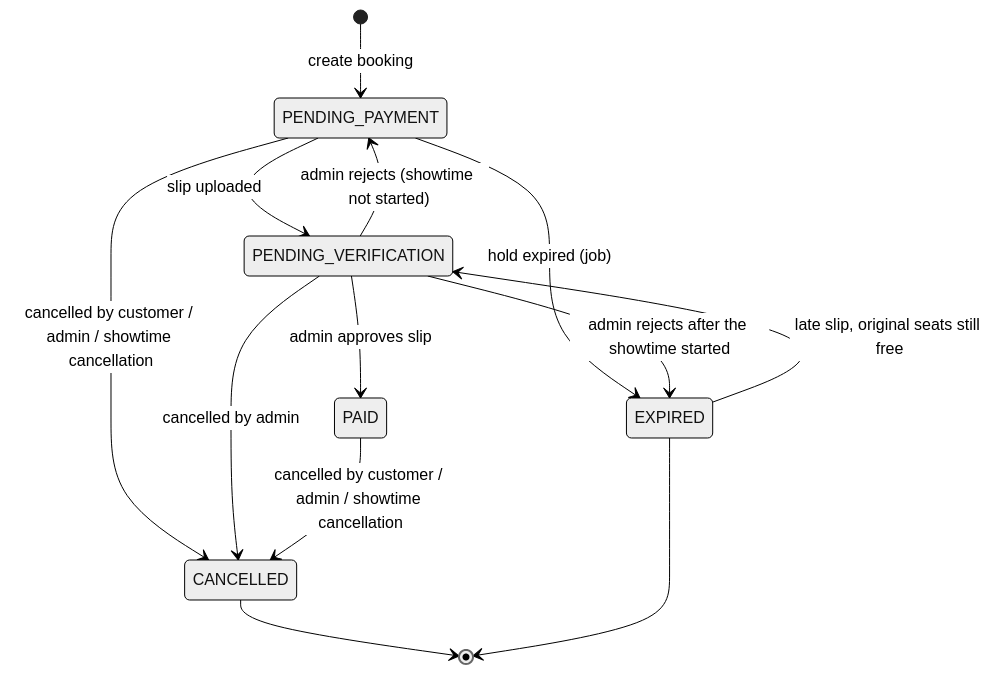
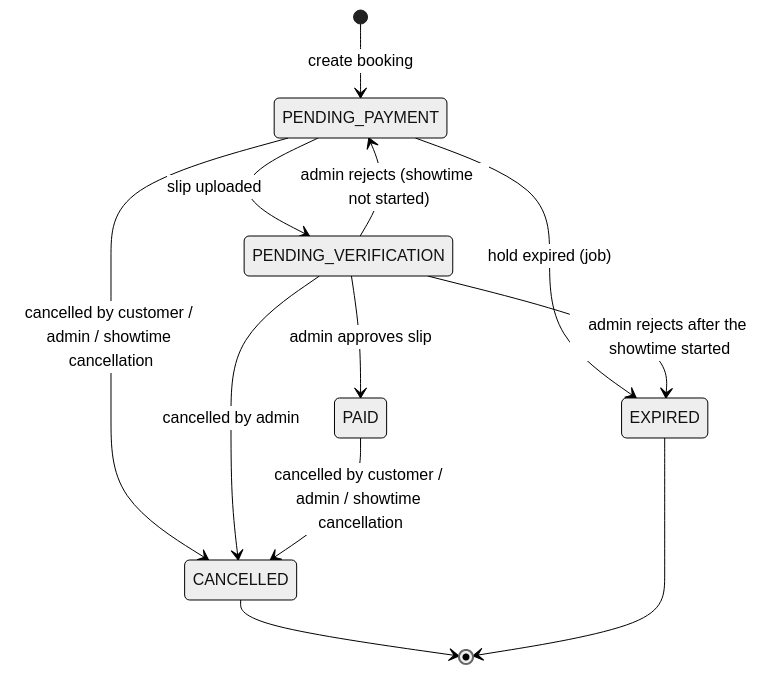
One commit to asdzxcvbn1509a/Sphere-Cineplex changed the first of 6 diagrams in docs/state-machines.md. Above: the diagram before and after it, drawn with Mermaid (neutral theme). The commit also changed other lines of this file and 101 other files, not shown here.

````diff
--- a/docs/state-machines.md
+++ b/docs/state-machines.md
@@ -17,15 +18,14 @@
 ```mermaid
 stateDiagram-v2
     [*] --> PENDING_PAYMENT: create booking
     PENDING_PAYMENT --> PENDING_VERIFICATION: slip uploaded
     PENDING_PAYMENT --> EXPIRED: hold expired (job)
     PENDING_PAYMENT --> CANCELLED: cancelled by customer / admin / showtime cancellation
     PENDING_VERIFICATION --> PAID: admin approves slip
     PENDING_VERIFICATION --> PENDING_PAYMENT: admin rejects (showtime not started)
     PENDING_VERIFICATION --> EXPIRED: admin rejects after the showtime started
     PENDING_VERIFICATION --> CANCELLED: cancelled by admin
-    EXPIRED --> PENDING_VERIFICATION: late slip, original seats still free
     PAID --> CANCELLED: cancelled by customer / admin / showtime cancellation
     CANCELLED --> [*]
     EXPIRED --> [*]
 ```
````
